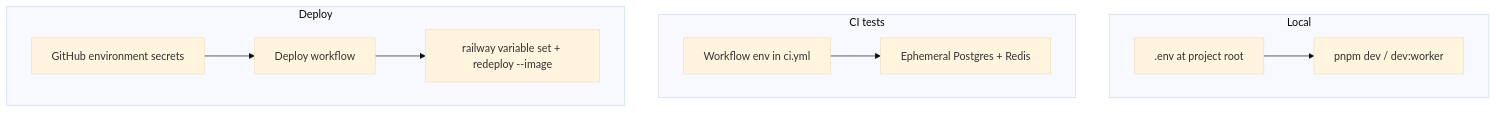
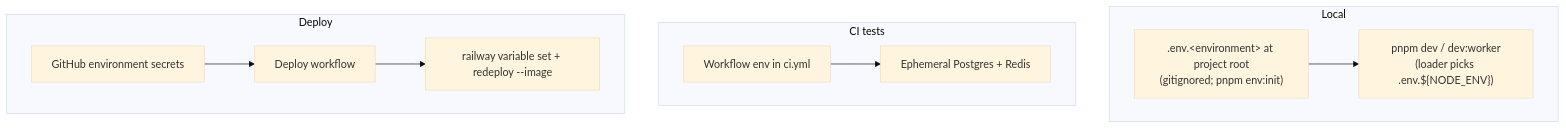
One commit to nikunjmavani/core-be changed the sixth of 7 diagrams in docs/deployment/ci-cd/cicd-and-deployment.md. Above: the diagram before and after it, drawn with Mermaid (base theme). The commit also changed other lines of this file and 145 other files, not shown here.

````diff
--- a/docs/deployment/ci-cd/cicd-and-deployment.md
+++ b/docs/deployment/ci-cd/cicd-and-deployment.md
@@ -320,21 +340,21 @@
 ```mermaid
 flowchart TB
   subgraph local [Local]
-    A1[".env at project root"]
-    A2["pnpm dev / dev:worker"]
+    A1[".env.&lt;environment&gt; at project root\n(gitignored; pnpm env:init)"]
+    A2["pnpm dev / dev:worker\n(loader picks .env.${NODE_ENV})"]
     A1 --> A2
   end
 
   subgraph ci_env [CI tests]
     B1["Workflow env in ci.yml"]
     B2["Ephemeral Postgres + Redis"]
     B1 --> B2
   end
 
   subgraph deploy_env [Deploy]
     C1["GitHub environment secrets"]
     C2["Deploy workflow"]
     C3["railway variable set + redeploy --image"]
     C1 --> C2 --> C3
   end
 ```
````
